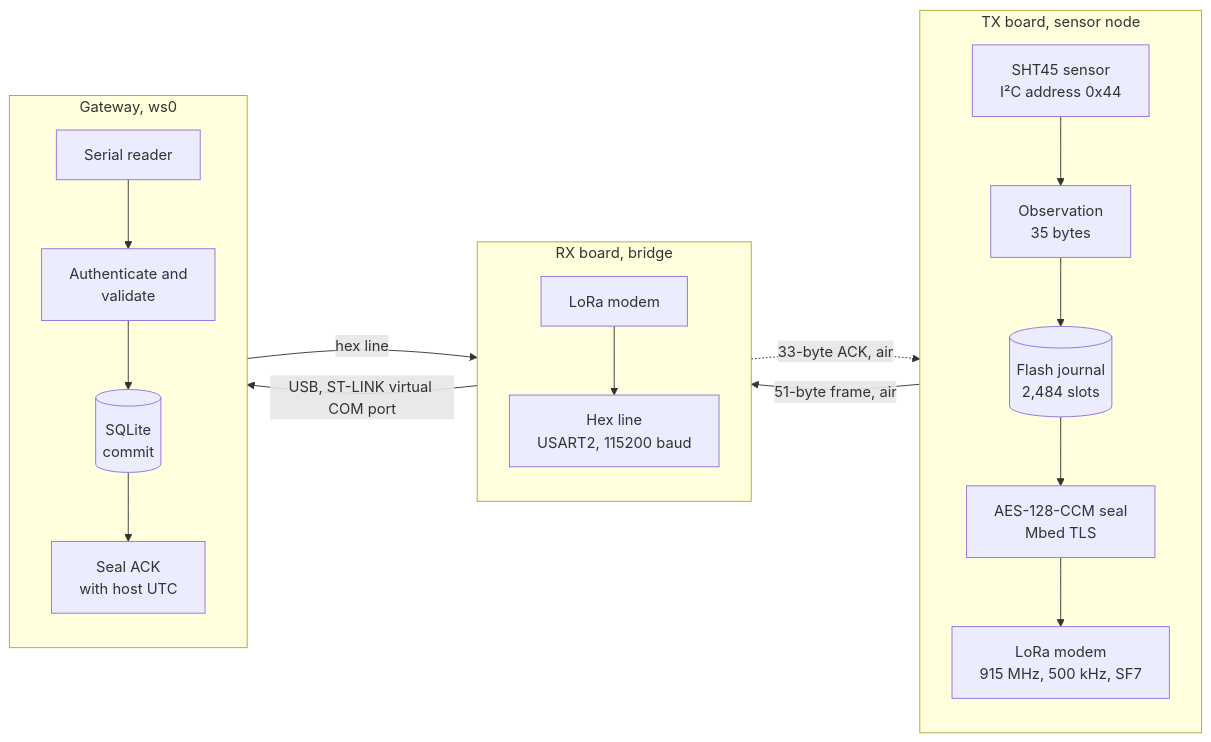
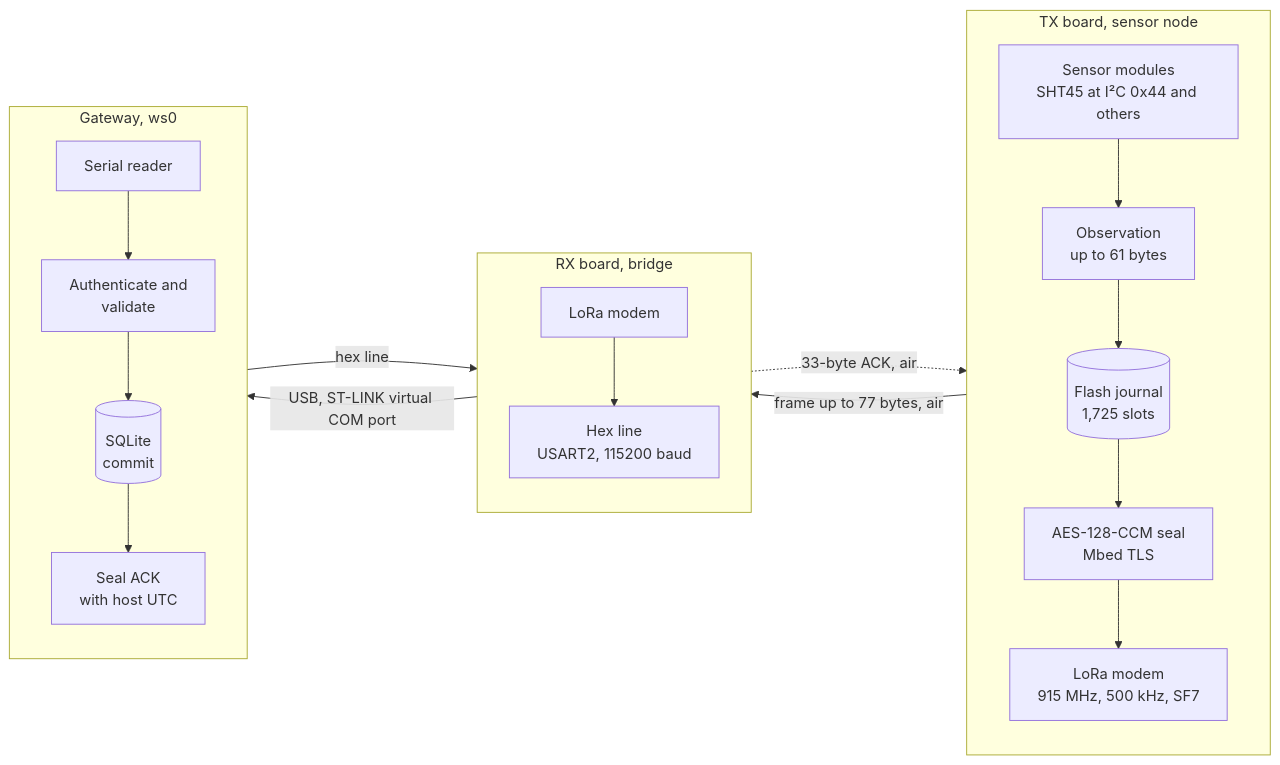
Before and after one commit to clintecker/weather-station-2026: the first of 22 diagrams in docs/protocol-stack.md, drawn with Mermaid. The commit also changed other lines of this file and 42 other files, not shown here.

````diff
--- a/docs/protocol-stack.md
+++ b/docs/protocol-stack.md
@@ -36,24 +36,24 @@
 ```mermaid
 flowchart LR
   subgraph TX["TX board, sensor node"]
     direction TB
-    S["SHT45 sensor<br/>I²C address 0x44"] --> M["Observation<br/>35 bytes"]
-    M --> J[("Flash journal<br/>2,484 slots")]
+    S["Sensor modules<br/>SHT45 at I²C 0x44 and others"] --> M["Observation<br/>up to 61 bytes"]
+    M --> J[("Flash journal<br/>1,725 slots")]
     J --> E["AES-128-CCM seal<br/>Mbed TLS"]
     E --> R1["LoRa modem<br/>915 MHz, 500 kHz, SF7"]
   end
   subgraph RX["RX board, bridge"]
     direction TB
     R2["LoRa modem"] --> H["Hex line<br/>USART2, 115200 baud"]
   end
   subgraph HOST["Gateway, ws0"]
     direction TB
     U["Serial reader"] --> V["Authenticate and<br/>validate"]
     V --> D[("SQLite<br/>commit")]
     D --> A["Seal ACK<br/>with host UTC"]
   end
-  R1 -- "51-byte frame, air" --> R2
+  R1 -- "frame up to 77 bytes, air" --> R2
   H -- "USB, ST-LINK virtual COM port" --> U
   A -- "hex line" --> H
   R2 -. "33-byte ACK, air" .-> R1
 ```
````
